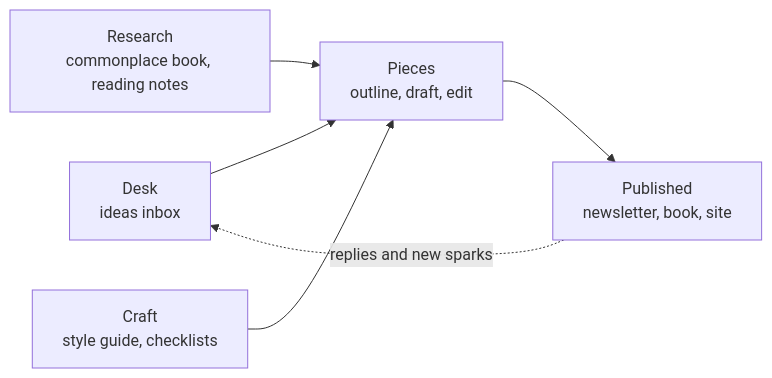
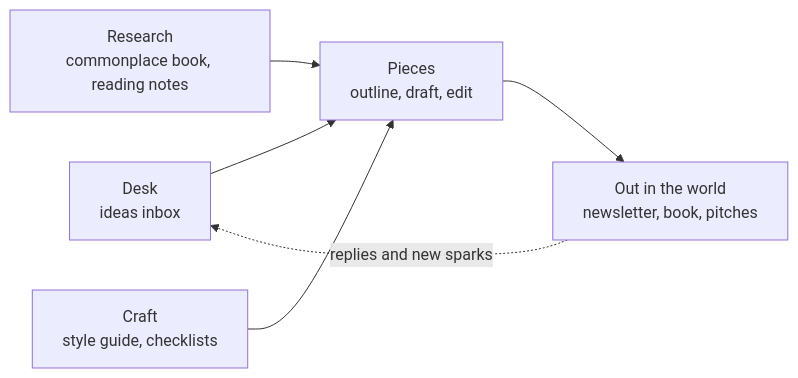
The diagram in templates/writers-studio/workspace/documents/Start here.md (hillnote/hillnote-templates), drawn with Mermaid before and after one commit. The commit also changed other lines of this file and 40 other files, not shown here.

````diff
--- a/templates/writers-studio/workspace/documents/Start here.md
+++ b/templates/writers-studio/workspace/documents/Start here.md
@@ -9,8 +9,8 @@
 ```mermaid
 graph LR
   I[Desk<br/>ideas inbox] --> P[Pieces<br/>outline, draft, edit]
   R[Research<br/>commonplace book, reading notes] --> P
   C[Craft<br/>style guide, checklists] --> P
-  P --> S[Published<br/>newsletter, book, site]
+  P --> S[Out in the world<br/>newsletter, book, pitches]
   S -. replies and new sparks .-> I
 ```
````
